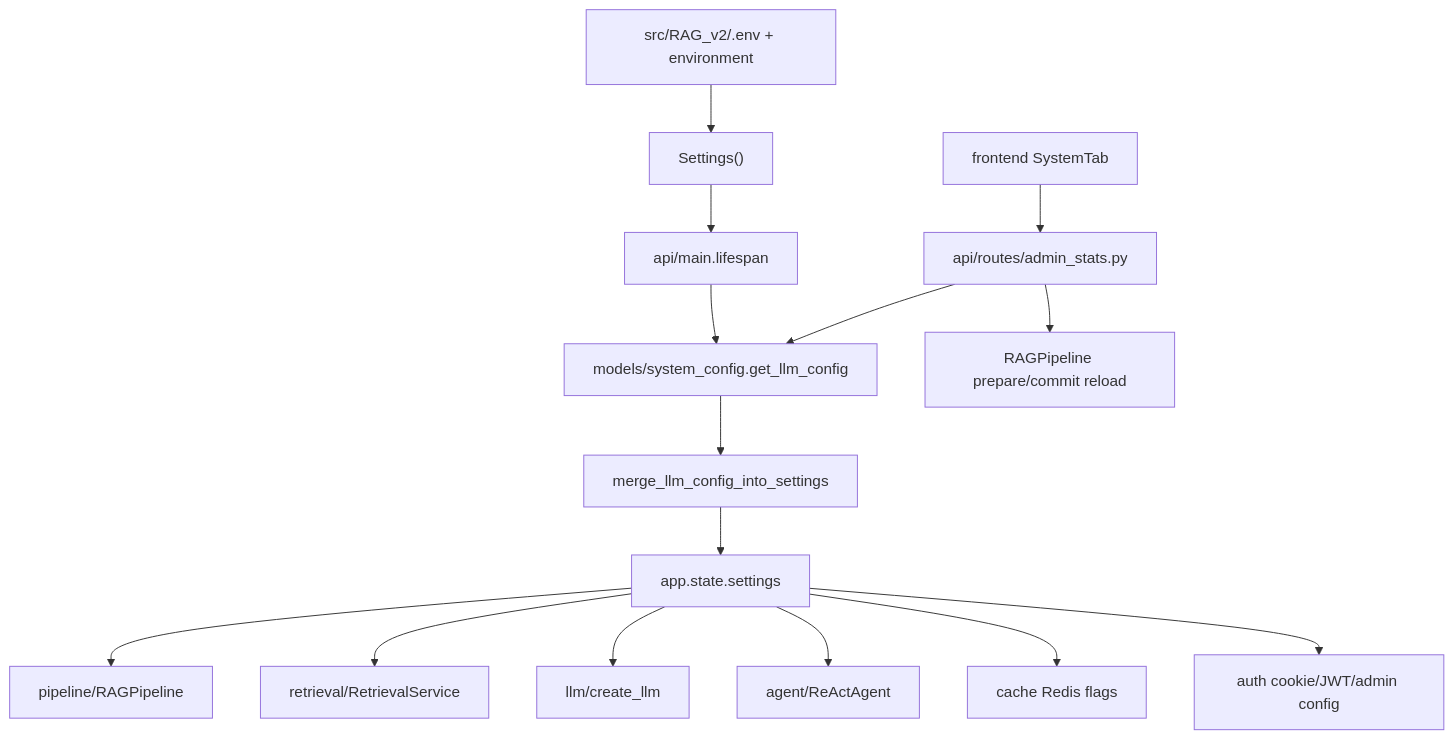
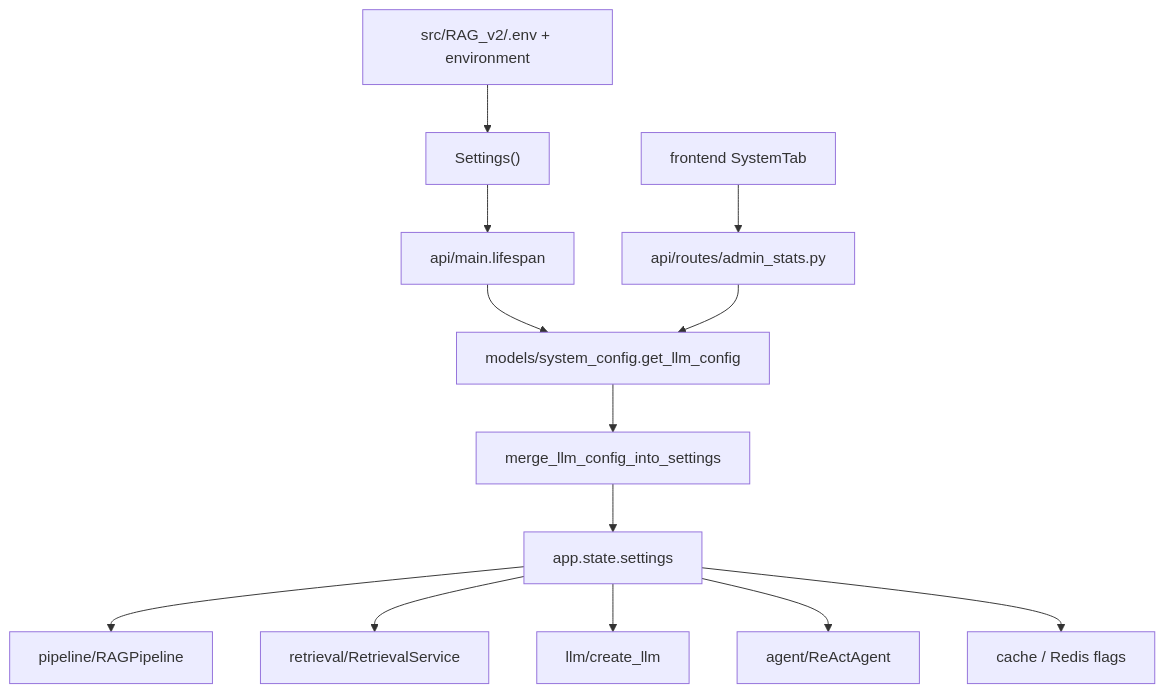
One commit to hoainam183/GR changed the diagram in src/RAG_v2/config/MODULE.md. Above: the diagram before and after it, drawn with Mermaid. The commit also changed other lines of this file and 38 other files, not shown here.

````diff
--- a/src/RAG_v2/config/MODULE.md
+++ b/src/RAG_v2/config/MODULE.md
@@ -95,17 +288,15 @@
 ```mermaid
 flowchart TD
   Env["src/RAG_v2/.env + environment"] --> Settings["Settings()"]
   Settings --> Lifespan["api/main.lifespan"]
   Lifespan --> Persisted["models/system_config.get_llm_config"]
   Persisted --> Merge["merge_llm_config_into_settings"]
   Merge --> Runtime["app.state.settings"]
   Runtime --> Pipeline["pipeline/RAGPipeline"]
   Runtime --> Retrieval["retrieval/RetrievalService"]
   Runtime --> LLM["llm/create_llm"]
   Runtime --> Agent["agent/ReActAgent"]
-  Runtime --> Cache["cache Redis flags"]
-  Runtime --> Auth["auth cookie/JWT/admin config"]
+  Runtime --> Cache["cache / Redis flags"]
   AdminUI["frontend SystemTab"] --> AdminAPI["api/routes/admin_stats.py"]
   AdminAPI --> Persisted
-  AdminAPI --> HotSwap["RAGPipeline prepare/commit reload"]
 ```
````
